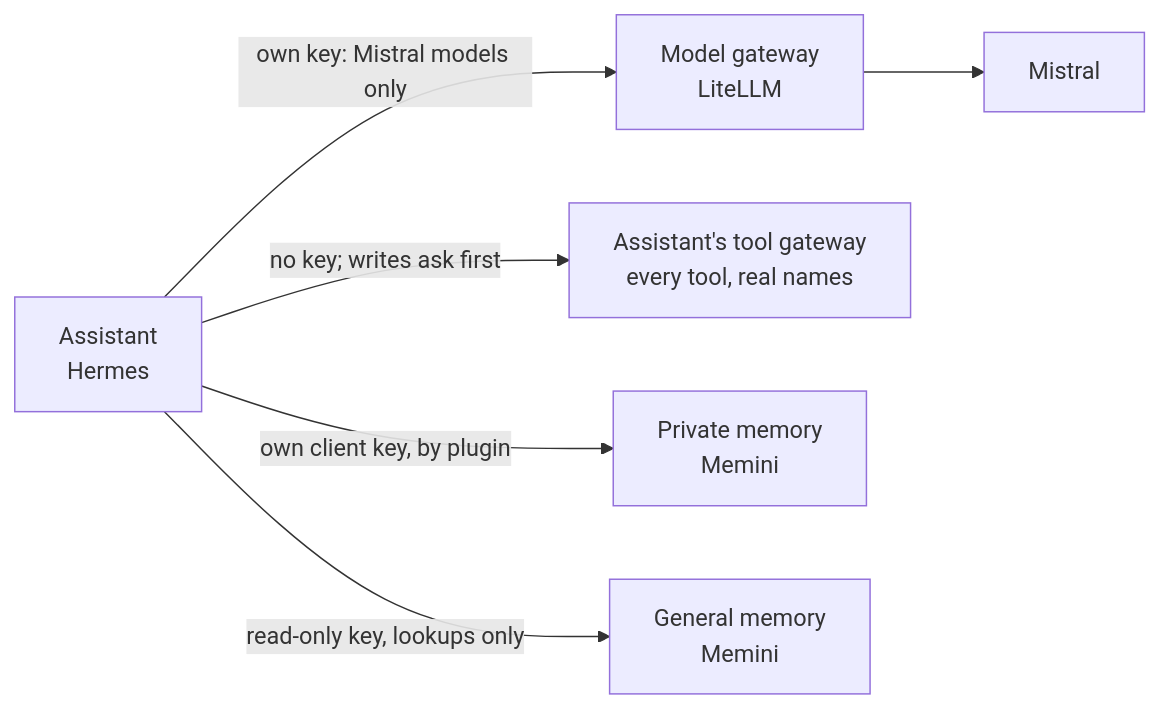
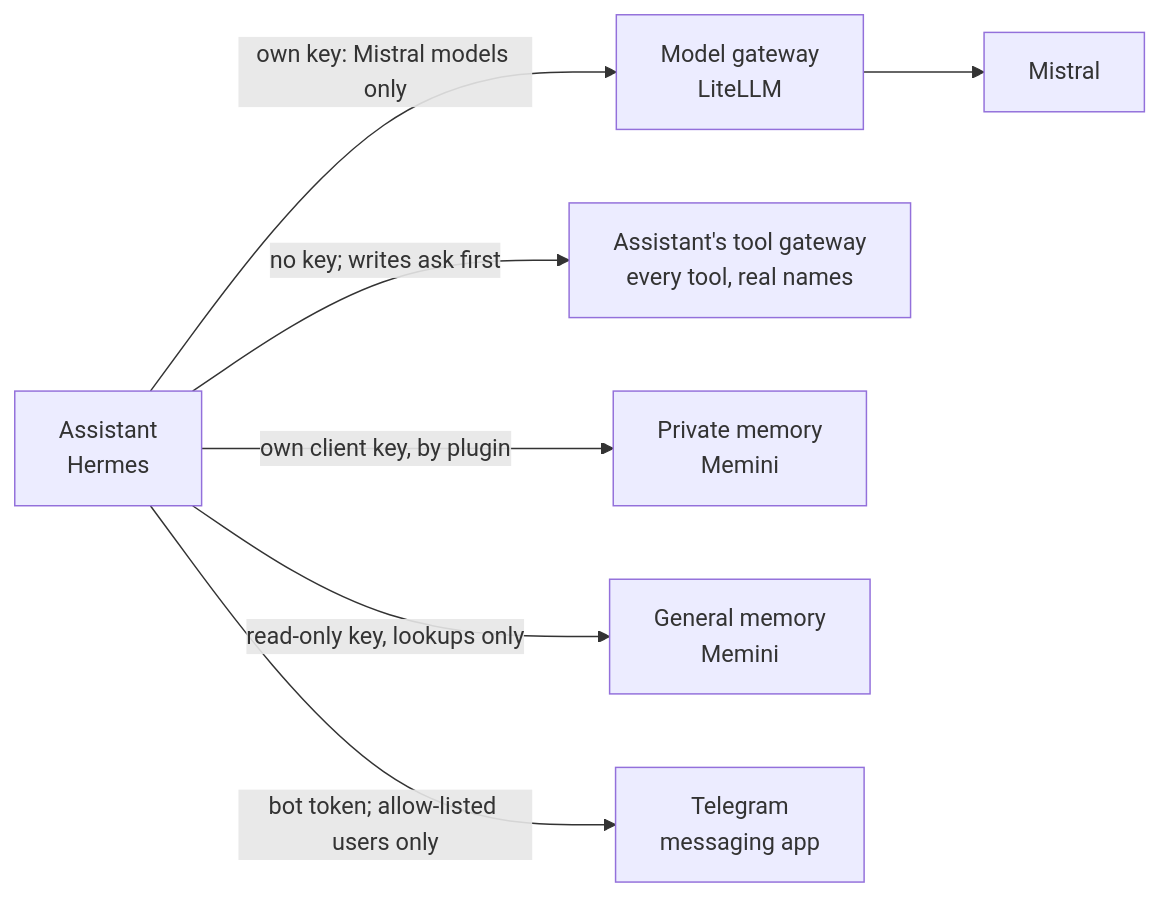
Before and after one commit to h-wb/home-ops: the first of 6 diagrams in kubernetes/apps/main/llm/docs/wiring.md, drawn with Mermaid. The commit also changed other lines of this file and 13 other files, not shown here.

````diff
--- a/kubernetes/apps/main/llm/docs/wiring.md
+++ b/kubernetes/apps/main/llm/docs/wiring.md
@@ -43,14 +44,16 @@
 ```mermaid
 flowchart LR
     A["Assistant<br/>Hermes"]:::private
     L["Model gateway<br/>LiteLLM"]:::shared
     MI["Mistral"]:::outside
     T["Assistant's tool gateway<br/>every tool, real names"]:::private
     M["Private memory<br/>Memini"]:::private
     G["General memory<br/>Memini"]:::general
+    TG["Telegram<br/>messaging app"]:::outside
     A -->|"own key: Mistral models only"| L
     L --> MI
     A -->|"no key; writes ask first"| T
     A -->|"own client key, by plugin"| M
     A -->|"read-only key, lookups only"| G
+    A -->|"bot token; allow-listed users only"| TG
 ```
````
